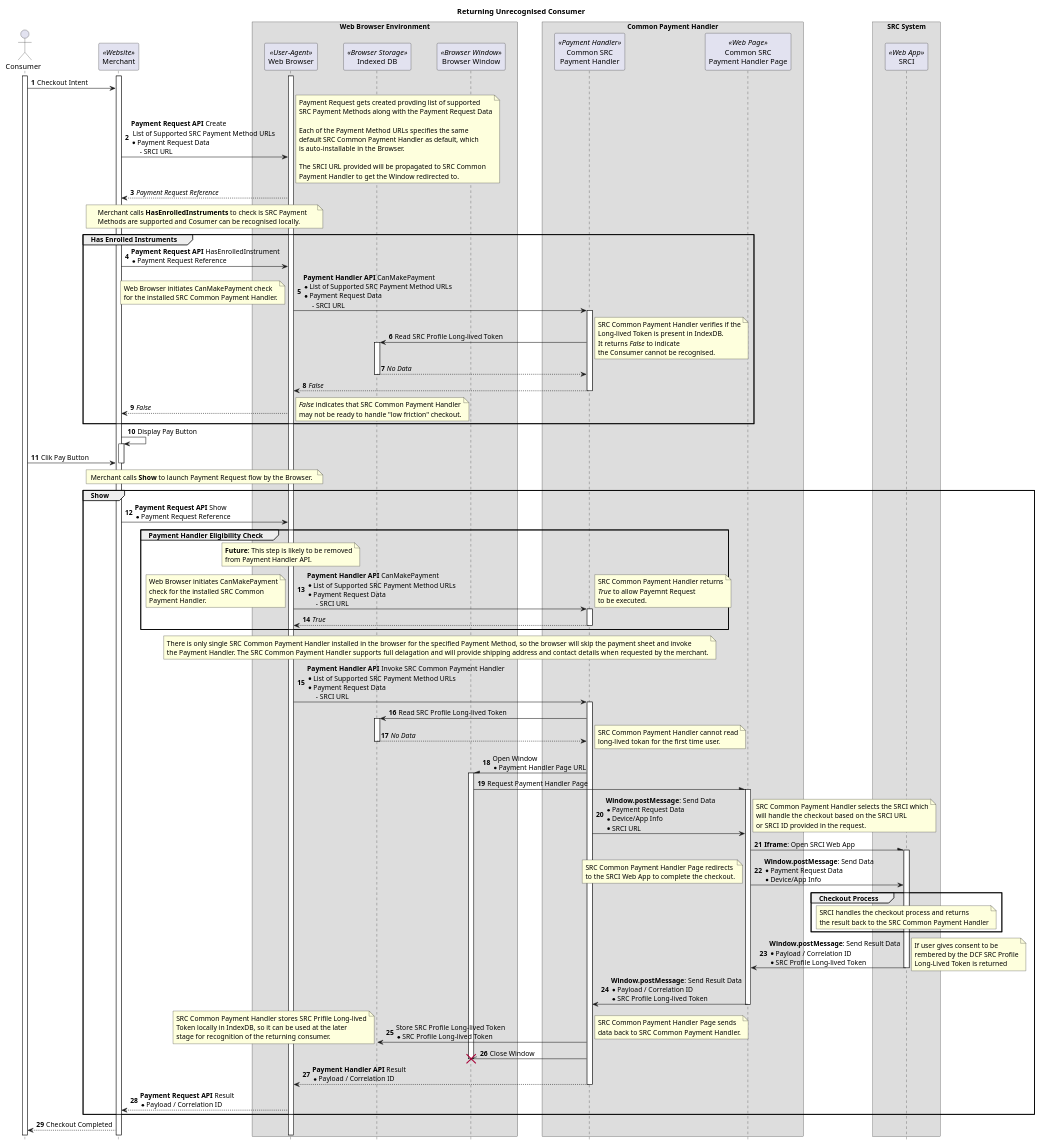
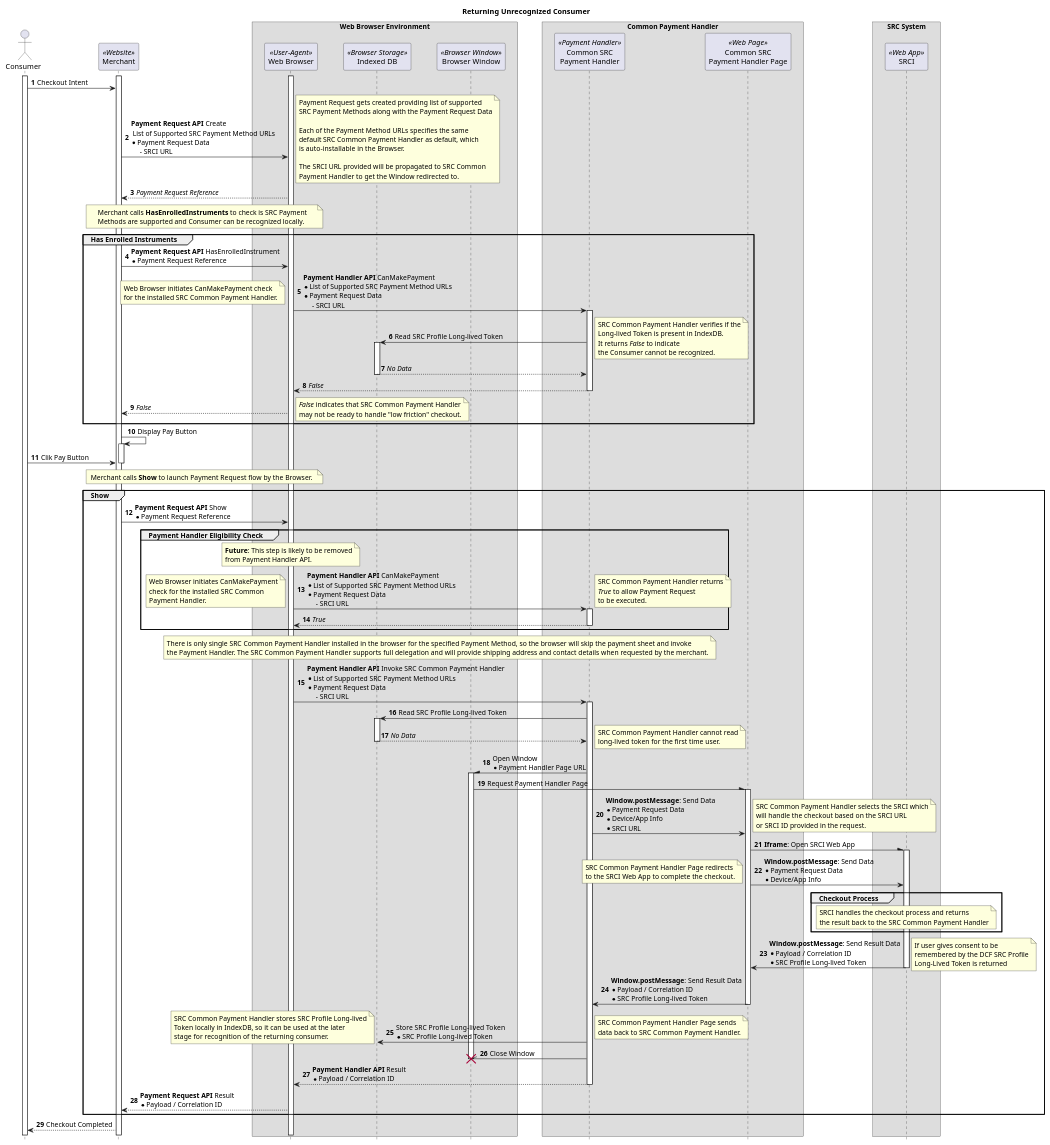
Before and after one commit to w3c/src: the diagram in alt-ret-un.puml, drawn with PlantUML. The commit also changed 5 other files, not shown here.

```diff
--- a/alt-ret-un.puml
+++ b/alt-ret-un.puml
@@ -1,175 +1,175 @@
 @startuml
 
 autonumber
 hide footbox
 skinparam ParticipantPadding 20
 skinparam BoxPadding 10
 
-title Returning Unrecognised Consumer
+title Returning Unrecognized Consumer
 
 actor Consumer as Consumer
 participant Merchant as Merchant <<Website>>
 
 box "Web Browser Environment"
   participant "Web Browser" as Browser <<User-Agent>>
   participant "Indexed DB" as DB <<Browser Storage>>
   participant "Browser Window" as Window <<Browser Window>>
 end box
 
 box "Common Payment Handler"
   participant "Common SRC\nPayment Handler" as PH <<Payment Handler>>
   participant "Common SRC\nPayment Handler Page" as Page <<Web Page>>
 end box
 
 box "SRC System"
   participant "SRCI" as SRCI <<Web App>>
 end box
 
 activate Consumer
 activate Merchant
 activate Browser
 
 Consumer->Merchant: Checkout Intent
 Merchant->Browser: **Payment Request API** Create\n List of Supported SRC Payment Method URLs\n* Payment Request Data\n     - SRCI URL
 note right
-  Payment Request gets created provding list of supported
+  Payment Request gets created providing list of supported
   SRC Payment Methods along with the Payment Request Data
 
   Each of the Payment Method URLs specifies the same
   default SRC Common Payment Handler as default, which
   is auto-installable in the Browser.
 
   The SRCI URL provided will be propagated to SRC Common
   Payment Handler to get the Window redirected to.
 end note
 return //Payment Request Reference//
 
 note over Merchant, Browser
   Merchant calls **HasEnrolledInstruments** to check is SRC Payment
-  Methods are supported and Cosumer can be recognised locally.
+  Methods are supported and Consumer can be recognized locally.
 end note
 group Has Enrolled Instruments
 Merchant->Browser: **Payment Request API** HasEnrolledInstrument\n* Payment Request Reference
 Browser->PH: **Payment Handler API** CanMakePayment\n* List of Supported SRC Payment Method URLs\n* Payment Request Data\n     - SRCI URL
 activate PH
 note left
   Web Browser initiates CanMakePayment check
   for the installed SRC Common Payment Handler.
 end note
 PH->DB: Read SRC Profile Long-lived Token
 activate DB
 note right
   SRC Common Payment Handler verifies if the
   Long-lived Token is present in IndexDB.
   It returns //False// to indicate
-  the Consumer cannot be recognised.
+  the Consumer cannot be recognized.
 end note
 return //No Data//
 return //False//
 Browser-->Merchant: //False//
 note right
   //False// indicates that SRC Common Payment Handler
   may not be ready to handle "low friction" checkout.
 end note
 end group
 Merchant->Merchant: Display Pay Button
 activate Merchant
 Consumer->Merchant: Clik Pay Button
 deactivate Merchant
 note over Merchant, Browser
   Merchant calls **Show** to launch Payment Request flow by the Browser. 
 end note
 group Show
 Merchant->Browser: **Payment Request API** Show\n* Payment Request Reference
 
 group Payment Handler Eligibility Check
 note over Browser
   **Future**: This step is likely to be removed
   from Payment Handler API.
 end note
 Browser->PH: **Payment Handler API** CanMakePayment\n* List of Supported SRC Payment Method URLs\n* Payment Request Data\n     - SRCI URL
 activate PH
 note left
   Web Browser initiates CanMakePayment
   check for the installed SRC Common
   Payment Handler.
 end note
 note right
   SRC Common Payment Handler returns
-  //True// to allow Payemnt Request
+  //True// to allow Payment Request
   to be executed.
 end note
 return //True//
 end group
 
 note over Browser, PH
   There is only single SRC Common Payment Handler installed in the browser for the specified Payment Method, so the browser will skip the payment sheet and invoke
-  the Payment Handler. The SRC Common Payment Handler supports full delagation and will provide shipping address and contact details when requested by the merchant.
+  the Payment Handler. The SRC Common Payment Handler supports full delegation and will provide shipping address and contact details when requested by the merchant.
 end note
 Browser->PH: **Payment Handler API** Invoke SRC Common Payment Handler\n* List of Supported SRC Payment Method URLs\n* Payment Request Data\n     - SRCI URL
 activate PH
 
 PH->DB: Read SRC Profile Long-lived Token
 activate DB
 return //No Data//
 note right
     SRC Common Payment Handler cannot read
-    long-lived tokan for the first time user.
+    long-lived token for the first time user.
 end note
 
 PH-\Window: Open Window\n* Payment Handler Page URL
 activate Window
 
 Window-\Page: Request Payment Handler Page
 activate Page
 PH->Page: **Window.postMessage**: Send Data\n* Payment Request Data\n* Device/App Info\n* SRCI URL
 note right
     SRC Common Payment Handler selects the SRCI which
     will handle the checkout based on the SRCI URL
     or SRCI ID provided in the request.
 end note
 Page-\SRCI: **Iframe**: Open SRCI Web App
 activate SRCI
 Page->SRCI: **Window.postMessage**: Send Data\n* Payment Request Data\n* Device/App Info
 note left
     SRC Common Payment Handler Page redirects
     to the SRCI Web App to complete the checkout.
 end note
 
 group Checkout Process
 note over SRCI
     SRCI handles the checkout process and returns
     the result back to the SRC Common Payment Handler
 end note
 end group
 
 SRCI->Page: **Window.postMessage**: Send Result Data\n* Payload / Correlation ID\n* SRC Profile Long-lived Token
 deactivate SRCI
 note right
   If user gives consent to be
-  rembered by the DCF SRC Profile
+  remembered by the DCF SRC Profile
   Long-Lived Token is returned
 end note
 Page->PH: **Window.postMessage**: Send Result Data\n* Payload / Correlation ID\n* SRC Profile Long-lived Token
 deactivate Page
 PH->DB: Store SRC Profile Long-lived Token\n* SRC Profile Long-lived Token
 note left
-    SRC Common Payment Handler stores SRC Prifile Long-lived
+    SRC Common Payment Handler stores SRC Profile Long-lived
     Token locally in IndexDB, so it can be used at the later
     stage for recognition of the returning consumer.
 end note
 deactivate Page
 note right
     SRC Common Payment Handler Page sends
     data back to SRC Common Payment Handler.
 end note
 PH-\\Window!!: Close Window
 
 PH-->Browser: **Payment Handler API** Result\n* Payload / Correlation ID
 deactivate PH
 Browser-->Merchant: **Payment Request API** Result\n* Payload / Correlation ID
 end group
 
 Merchant-->Consumer: Checkout Completed
 
 @enduml
```
